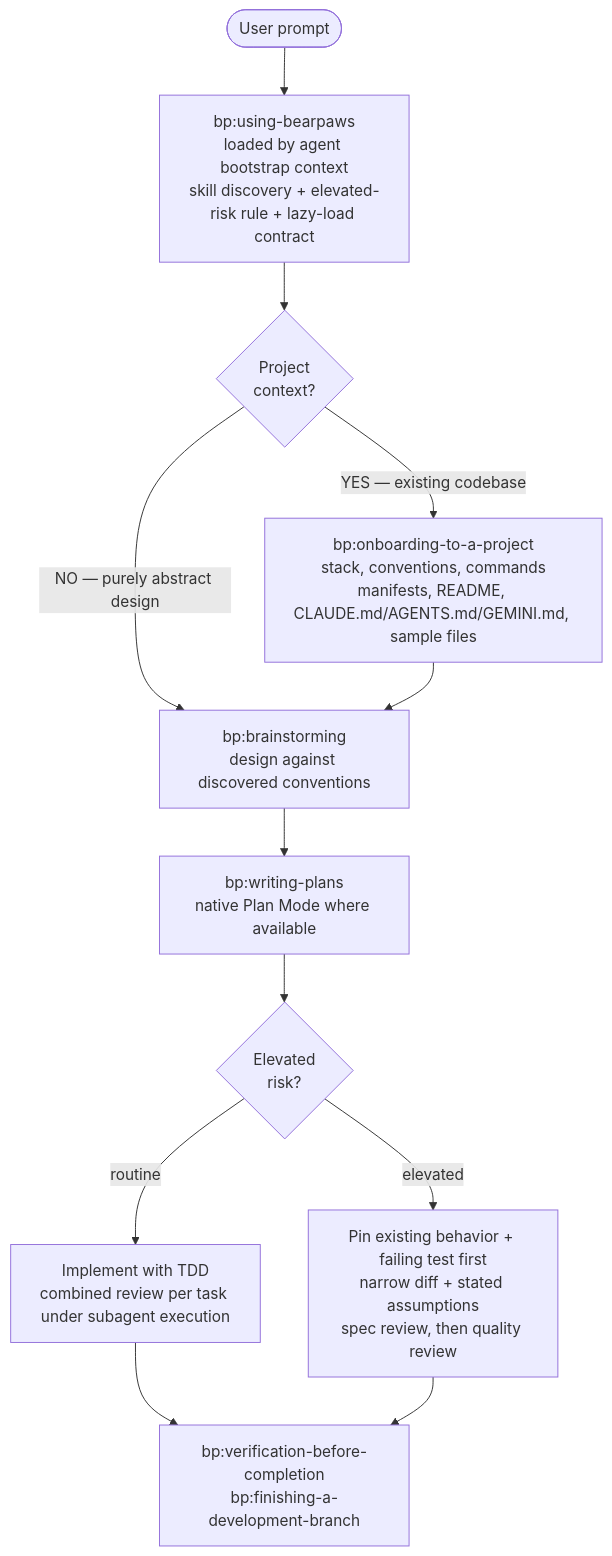
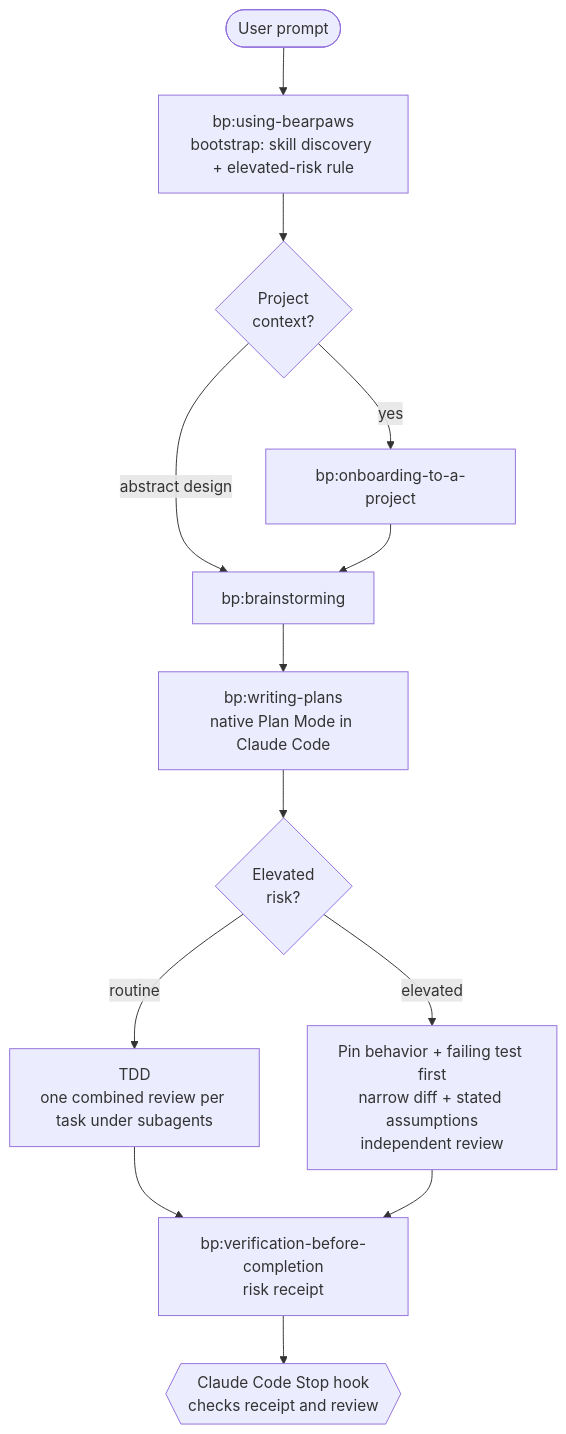
One commit to brandonfla/bearpaws changed the diagram in README.md. Above: the diagram before and after it, drawn with Mermaid. The commit also changed other lines of this file and 16 other files, not shown here.

````diff
--- a/README.md
+++ b/README.md
@@ -135,14 +85,15 @@
 ```mermaid
 flowchart TD
-    Start([User prompt]) --> Bootstrap[bp:using-bearpaws<br/>loaded by agent bootstrap context<br/>skill discovery + elevated-risk rule + lazy-load contract]
+    Start([User prompt]) --> Bootstrap[bp:using-bearpaws<br/>bootstrap: skill discovery + elevated-risk rule]
     Bootstrap --> Check{Project<br/>context?}
-    Check -->|YES &mdash; existing codebase| Onboard[bp:onboarding-to-a-project<br/>stack, conventions, commands<br/>manifests, README, CLAUDE.md/AGENTS.md/GEMINI.md, sample files]
-    Check -->|NO &mdash; purely abstract design| Brainstorm
-    Onboard --> Brainstorm[bp:brainstorming<br/>design against discovered conventions]
-    Brainstorm --> Plan[bp:writing-plans<br/>native Plan Mode where available]
+    Check -->|yes| Onboard[bp:onboarding-to-a-project]
+    Check -->|abstract design| Brainstorm
+    Onboard --> Brainstorm[bp:brainstorming]
+    Brainstorm --> Plan[bp:writing-plans<br/>native Plan Mode in Claude Code]
     Plan --> Risk{Elevated<br/>risk?}
-    Risk -->|routine| Light[Implement with TDD<br/>combined review per task under subagent execution]
-    Risk -->|elevated| Strong[Pin existing behavior + failing test first<br/>narrow diff + stated assumptions<br/>spec review, then quality review]
-    Light --> Verify[bp:verification-before-completion<br/>bp:finishing-a-development-branch]
+    Risk -->|routine| Light[TDD<br/>one combined review per task under subagents]
+    Risk -->|elevated| Strong[Pin behavior + failing test first<br/>narrow diff + stated assumptions<br/>independent review]
+    Light --> Verify[bp:verification-before-completion<br/>risk receipt]
     Strong --> Verify
+    Verify --> Gate{{Claude Code Stop hook<br/>checks receipt and review}}
 ```
````
